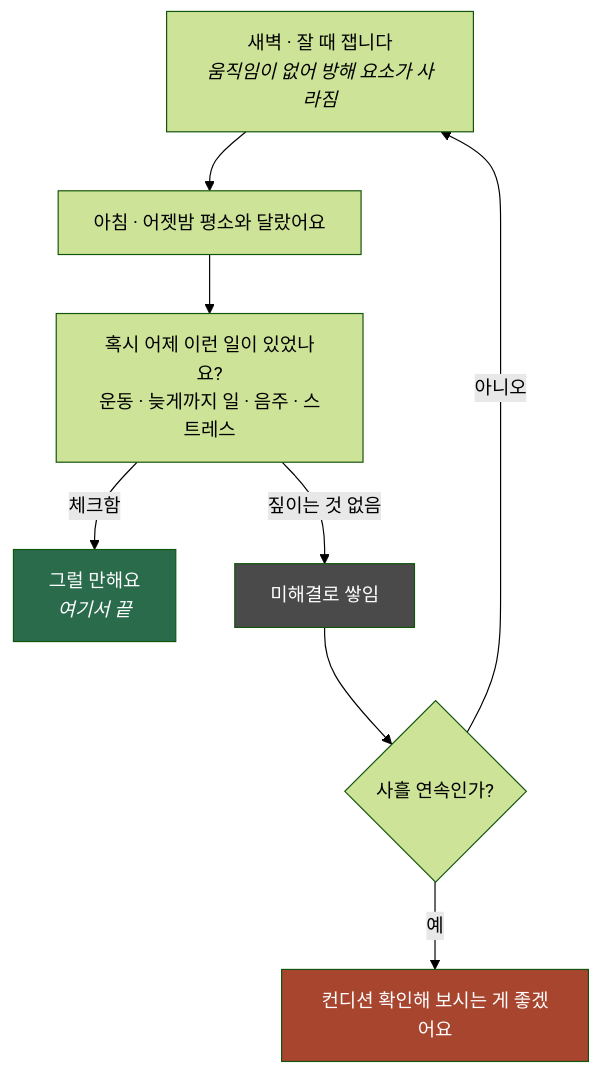
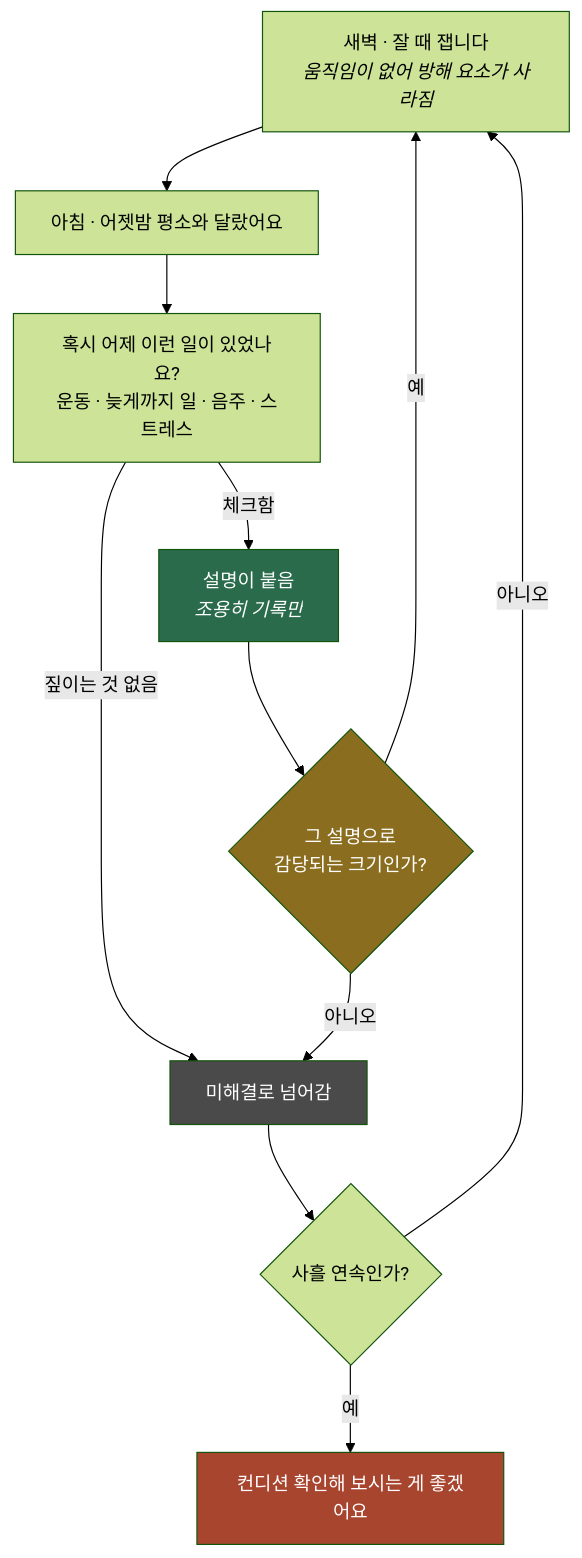
The third of 3 diagrams in README.md (dlwldn4824/capstone_best), drawn with Mermaid (forest theme) before and after one commit. The commit also changed other lines of this file and 8 other files, not shown here.

````diff
--- a/README.md
+++ b/README.md
@@ -152,14 +167,18 @@
 ```mermaid
 flowchart TD
     S["새벽 · 잘 때 잽니다<br/><i>움직임이 없어 방해 요소가 사라짐</i>"] --> M["아침 · 어젯밤 평소와 달랐어요"]
     M --> Q["혹시 어제 이런 일이 있었나요?<br/>운동 · 늦게까지 일 · 음주 · 스트레스"]
-    Q -->|"체크함"| OK["그럴 만해요<br/><i>여기서 끝</i>"]
-    Q -->|"짚이는 것 없음"| ACC["미해결로 쌓임"]
+    Q -->|"체크함"| OK["설명이 붙음<br/><i>조용히 기록만</i>"]
+    Q -->|"짚이는 것 없음"| ACC["미해결로 넘어감"]
+    OK --> X{"그 설명으로<br/>감당되는 크기인가?"}
+    X -->|"예"| S
+    X -->|"아니오"| ACC
     ACC --> T{"사흘 연속인가?"}
     T -->|"아니오"| S
     T -->|"예"| AL["컨디션 확인해 보시는 게 좋겠어요"]
 
+    style X fill:#8a6d1f,color:#fff
     style OK fill:#2a6b4c,color:#fff
     style ACC fill:#4a4a4a,color:#fff
     style AL fill:#a8452f,color:#fff
 ```
````
